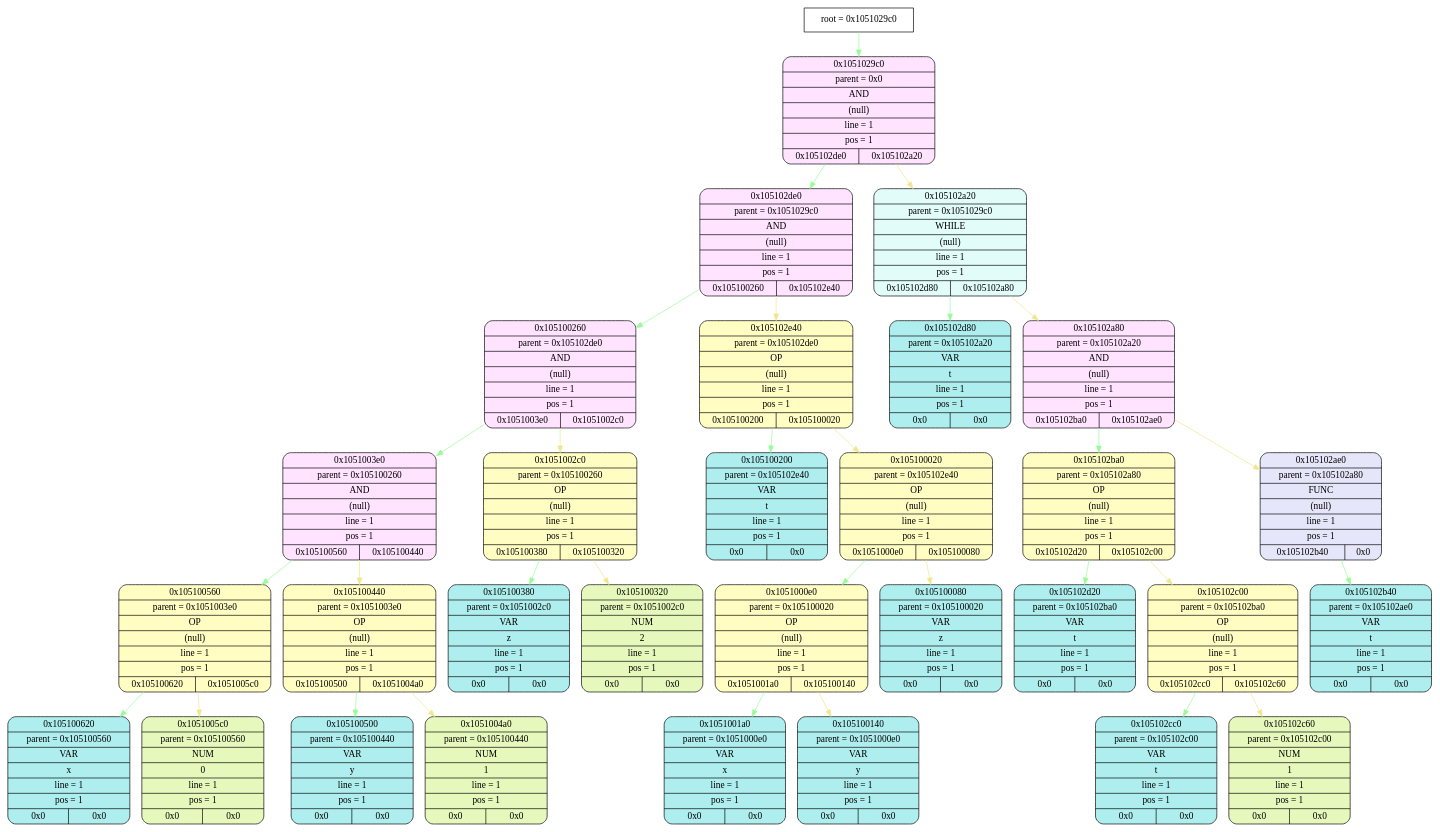
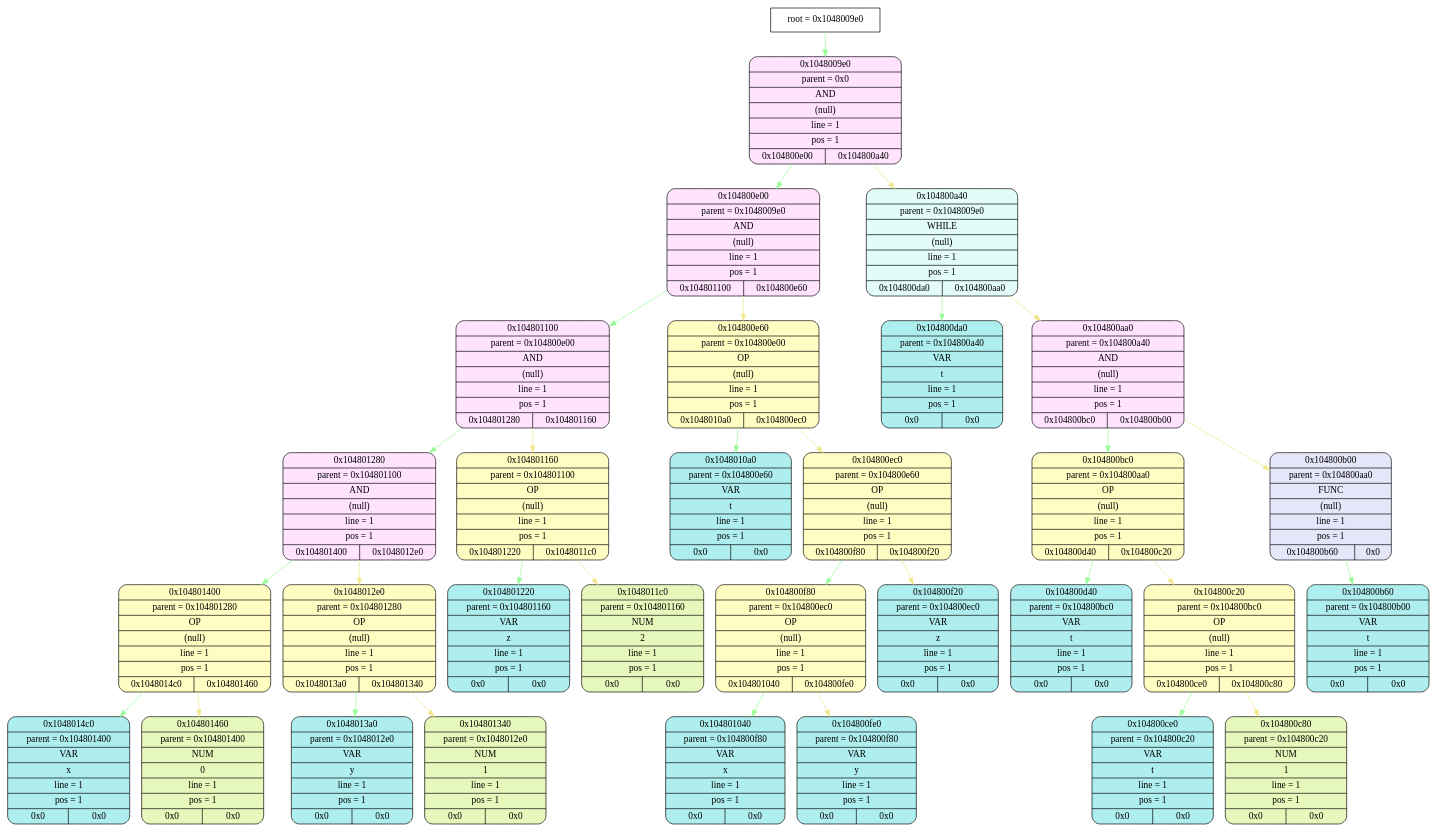
The diagram in frontend/tmp/graphviz.dot (esgalimov/language), drawn with Graphviz before and after one commit. The commit also changed 36 other files, not shown here.

```diff
--- a/frontend/tmp/graphviz.dot
+++ b/frontend/tmp/graphviz.dot
@@ -1,95 +1,95 @@
 digraph
 {
-    node_info[shape = record, label = "{root = 0x1051029c0}"];
+    node_info[shape = record, label = "{root = 0x1048009e0}"];
 
-    node_info->node_0x1051029c0 [color = "#98FB98"];
-    node_0x1051029c0[shape = Mrecord, label = "{{0x1051029c0} | {parent =  0x0} | {AND} | {(null)} | {line = 1} | {pos = 1} | {0x105102de0 | 0x105102a20}}",
+    node_info->node_0x1048009e0 [color = "#98FB98"];
+    node_0x1048009e0[shape = Mrecord, label = "{{0x1048009e0} | {parent =  0x0} | {AND} | {(null)} | {line = 1} | {pos = 1} | {0x104800e00 | 0x104800a40}}",
                                         style="filled", fillcolor="#FFE3FF"];
-    node_0x105102de0[shape = Mrecord, label = "{{0x105102de0} | {parent =  0x1051029c0} | {AND} | {(null)} | {line = 1} | {pos = 1} | {0x105100260 | 0x105102e40}}",
+    node_0x104800e00[shape = Mrecord, label = "{{0x104800e00} | {parent =  0x1048009e0} | {AND} | {(null)} | {line = 1} | {pos = 1} | {0x104801100 | 0x104800e60}}",
                                         style="filled", fillcolor="#FFE3FF"];
-    node_0x105100260[shape = Mrecord, label = "{{0x105100260} | {parent =  0x105102de0} | {AND} | {(null)} | {line = 1} | {pos = 1} | {0x1051003e0 | 0x1051002c0}}",
+    node_0x104801100[shape = Mrecord, label = "{{0x104801100} | {parent =  0x104800e00} | {AND} | {(null)} | {line = 1} | {pos = 1} | {0x104801280 | 0x104801160}}",
                                         style="filled", fillcolor="#FFE3FF"];
-    node_0x1051003e0[shape = Mrecord, label = "{{0x1051003e0} | {parent =  0x105100260} | {AND} | {(null)} | {line = 1} | {pos = 1} | {0x105100560 | 0x105100440}}",
+    node_0x104801280[shape = Mrecord, label = "{{0x104801280} | {parent =  0x104801100} | {AND} | {(null)} | {line = 1} | {pos = 1} | {0x104801400 | 0x1048012e0}}",
                                         style="filled", fillcolor="#FFE3FF"];
-    node_0x105100560[shape = Mrecord, label = "{{0x105100560} | {parent =  0x1051003e0} | {OP} | {(null)} | {line = 1} | {pos = 1} | {0x105100620 | 0x1051005c0}}",
+    node_0x104801400[shape = Mrecord, label = "{{0x104801400} | {parent =  0x104801280} | {OP} | {(null)} | {line = 1} | {pos = 1} | {0x1048014c0 | 0x104801460}}",
                                         style="filled", fillcolor="#FFFDC2"];
-    node_0x105100620[shape = Mrecord, label = "{{0x105100620} | {parent =  0x105100560} | {VAR} | {x} | {line = 1} | {pos = 1} | {0x0 | 0x0}}",
+    node_0x1048014c0[shape = Mrecord, label = "{{0x1048014c0} | {parent =  0x104801400} | {VAR} | {x} | {line = 1} | {pos = 1} | {0x0 | 0x0}}",
                                         style="filled", fillcolor="#AFEEEE"];
-    node_0x1051005c0[shape = Mrecord, label = "{{0x1051005c0} | {parent =  0x105100560} | {NUM} | {0} | {line = 1} | {pos = 1} | {0x0 | 0x0}}",
+    node_0x104801460[shape = Mrecord, label = "{{0x104801460} | {parent =  0x104801400} | {NUM} | {0} | {line = 1} | {pos = 1} | {0x0 | 0x0}}",
                 style="filled", fillcolor="#E7F8BC"];
-    node_0x105100440[shape = Mrecord, label = "{{0x105100440} | {parent =  0x1051003e0} | {OP} | {(null)} | {line = 1} | {pos = 1} | {0x105100500 | 0x1051004a0}}",
+    node_0x1048012e0[shape = Mrecord, label = "{{0x1048012e0} | {parent =  0x104801280} | {OP} | {(null)} | {line = 1} | {pos = 1} | {0x1048013a0 | 0x104801340}}",
                                         style="filled", fillcolor="#FFFDC2"];
-    node_0x105100500[shape = Mrecord, label = "{{0x105100500} | {parent =  0x105100440} | {VAR} | {y} | {line = 1} | {pos = 1} | {0x0 | 0x0}}",
+    node_0x1048013a0[shape = Mrecord, label = "{{0x1048013a0} | {parent =  0x1048012e0} | {VAR} | {y} | {line = 1} | {pos = 1} | {0x0 | 0x0}}",
                                         style="filled", fillcolor="#AFEEEE"];
-    node_0x1051004a0[shape = Mrecord, label = "{{0x1051004a0} | {parent =  0x105100440} | {NUM} | {1} | {line = 1} | {pos = 1} | {0x0 | 0x0}}",
+    node_0x104801340[shape = Mrecord, label = "{{0x104801340} | {parent =  0x1048012e0} | {NUM} | {1} | {line = 1} | {pos = 1} | {0x0 | 0x0}}",
                 style="filled", fillcolor="#E7F8BC"];
-    node_0x1051002c0[shape = Mrecord, label = "{{0x1051002c0} | {parent =  0x105100260} | {OP} | {(null)} | {line = 1} | {pos = 1} | {0x105100380 | 0x105100320}}",
+    node_0x104801160[shape = Mrecord, label = "{{0x104801160} | {parent =  0x104801100} | {OP} | {(null)} | {line = 1} | {pos = 1} | {0x104801220 | 0x1048011c0}}",
                                         style="filled", fillcolor="#FFFDC2"];
-    node_0x105100380[shape = Mrecord, label = "{{0x105100380} | {parent =  0x1051002c0} | {VAR} | {z} | {line = 1} | {pos = 1} | {0x0 | 0x0}}",
+    node_0x104801220[shape = Mrecord, label = "{{0x104801220} | {parent =  0x104801160} | {VAR} | {z} | {line = 1} | {pos = 1} | {0x0 | 0x0}}",
                                         style="filled", fillcolor="#AFEEEE"];
-    node_0x105100320[shape = Mrecord, label = "{{0x105100320} | {parent =  0x1051002c0} | {NUM} | {2} | {line = 1} | {pos = 1} | {0x0 | 0x0}}",
+    node_0x1048011c0[shape = Mrecord, label = "{{0x1048011c0} | {parent =  0x104801160} | {NUM} | {2} | {line = 1} | {pos = 1} | {0x0 | 0x0}}",
                 style="filled", fillcolor="#E7F8BC"];
-    node_0x105102e40[shape = Mrecord, label = "{{0x105102e40} | {parent =  0x105102de0} | {OP} | {(null)} | {line = 1} | {pos = 1} | {0x105100200 | 0x105100020}}",
+    node_0x104800e60[shape = Mrecord, label = "{{0x104800e60} | {parent =  0x104800e00} | {OP} | {(null)} | {line = 1} | {pos = 1} | {0x1048010a0 | 0x104800ec0}}",
                                         style="filled", fillcolor="#FFFDC2"];
-    node_0x105100200[shape = Mrecord, label = "{{0x105100200} | {parent =  0x105102e40} | {VAR} | {t} | {line = 1} | {pos = 1} | {0x0 | 0x0}}",
+    node_0x1048010a0[shape = Mrecord, label = "{{0x1048010a0} | {parent =  0x104800e60} | {VAR} | {t} | {line = 1} | {pos = 1} | {0x0 | 0x0}}",
                                         style="filled", fillcolor="#AFEEEE"];
-    node_0x105100020[shape = Mrecord, label = "{{0x105100020} | {parent =  0x105102e40} | {OP} | {(null)} | {line = 1} | {pos = 1} | {0x1051000e0 | 0x105100080}}",
+    node_0x104800ec0[shape = Mrecord, label = "{{0x104800ec0} | {parent =  0x104800e60} | {OP} | {(null)} | {line = 1} | {pos = 1} | {0x104800f80 | 0x104800f20}}",
                                         style="filled", fillcolor="#FFFDC2"];
-    node_0x1051000e0[shape = Mrecord, label = "{{0x1051000e0} | {parent =  0x105100020} | {OP} | {(null)} | {line = 1} | {pos = 1} | {0x1051001a0 | 0x105100140}}",
+    node_0x104800f80[shape = Mrecord, label = "{{0x104800f80} | {parent =  0x104800ec0} | {OP} | {(null)} | {line = 1} | {pos = 1} | {0x104801040 | 0x104800fe0}}",
                                         style="filled", fillcolor="#FFFDC2"];
-    node_0x1051001a0[shape = Mrecord, label = "{{0x1051001a0} | {parent =  0x1051000e0} | {VAR} | {x} | {line = 1} | {pos = 1} | {0x0 | 0x0}}",
+    node_0x104801040[shape = Mrecord, label = "{{0x104801040} | {parent =  0x104800f80} | {VAR} | {x} | {line = 1} | {pos = 1} | {0x0 | 0x0}}",
                                         style="filled", fillcolor="#AFEEEE"];
-    node_0x105100140[shape = Mrecord, label = "{{0x105100140} | {parent =  0x1051000e0} | {VAR} | {y} | {line = 1} | {pos = 1} | {0x0 | 0x0}}",
+    node_0x104800fe0[shape = Mrecord, label = "{{0x104800fe0} | {parent =  0x104800f80} | {VAR} | {y} | {line = 1} | {pos = 1} | {0x0 | 0x0}}",
                                         style="filled", fillcolor="#AFEEEE"];
-    node_0x105100080[shape = Mrecord, label = "{{0x105100080} | {parent =  0x105100020} | {VAR} | {z} | {line = 1} | {pos = 1} | {0x0 | 0x0}}",
+    node_0x104800f20[shape = Mrecord, label = "{{0x104800f20} | {parent =  0x104800ec0} | {VAR} | {z} | {line = 1} | {pos = 1} | {0x0 | 0x0}}",
                                         style="filled", fillcolor="#AFEEEE"];
-    node_0x105102a20[shape = Mrecord, label = "{{0x105102a20} | {parent =  0x1051029c0} | {WHILE} | {(null)} | {line = 1} | {pos = 1} | {0x105102d80 | 0x105102a80}}",
+    node_0x104800a40[shape = Mrecord, label = "{{0x104800a40} | {parent =  0x1048009e0} | {WHILE} | {(null)} | {line = 1} | {pos = 1} | {0x104800da0 | 0x104800aa0}}",
                                         style="filled", fillcolor="#E1FCF9"];
-    node_0x105102d80[shape = Mrecord, label = "{{0x105102d80} | {parent =  0x105102a20} | {VAR} | {t} | {line = 1} | {pos = 1} | {0x0 | 0x0}}",
+    node_0x104800da0[shape = Mrecord, label = "{{0x104800da0} | {parent =  0x104800a40} | {VAR} | {t} | {line = 1} | {pos = 1} | {0x0 | 0x0}}",
                                         style="filled", fillcolor="#AFEEEE"];
-    node_0x105102a80[shape = Mrecord, label = "{{0x105102a80} | {parent =  0x105102a20} | {AND} | {(null)} | {line = 1} | {pos = 1} | {0x105102ba0 | 0x105102ae0}}",
+    node_0x104800aa0[shape = Mrecord, label = "{{0x104800aa0} | {parent =  0x104800a40} | {AND} | {(null)} | {line = 1} | {pos = 1} | {0x104800bc0 | 0x104800b00}}",
                                         style="filled", fillcolor="#FFE3FF"];
-    node_0x105102ba0[shape = Mrecord, label = "{{0x105102ba0} | {parent =  0x105102a80} | {OP} | {(null)} | {line = 1} | {pos = 1} | {0x105102d20 | 0x105102c00}}",
+    node_0x104800bc0[shape = Mrecord, label = "{{0x104800bc0} | {parent =  0x104800aa0} | {OP} | {(null)} | {line = 1} | {pos = 1} | {0x104800d40 | 0x104800c20}}",
                                         style="filled", fillcolor="#FFFDC2"];
-    node_0x105102d20[shape = Mrecord, label = "{{0x105102d20} | {parent =  0x105102ba0} | {VAR} | {t} | {line = 1} | {pos = 1} | {0x0 | 0x0}}",
+    node_0x104800d40[shape = Mrecord, label = "{{0x104800d40} | {parent =  0x104800bc0} | {VAR} | {t} | {line = 1} | {pos = 1} | {0x0 | 0x0}}",
                                         style="filled", fillcolor="#AFEEEE"];
-    node_0x105102c00[shape = Mrecord, label = "{{0x105102c00} | {parent =  0x105102ba0} | {OP} | {(null)} | {line = 1} | {pos = 1} | {0x105102cc0 | 0x105102c60}}",
+    node_0x104800c20[shape = Mrecord, label = "{{0x104800c20} | {parent =  0x104800bc0} | {OP} | {(null)} | {line = 1} | {pos = 1} | {0x104800ce0 | 0x104800c80}}",
                                         style="filled", fillcolor="#FFFDC2"];
-    node_0x105102cc0[shape = Mrecord, label = "{{0x105102cc0} | {parent =  0x105102c00} | {VAR} | {t} | {line = 1} | {pos = 1} | {0x0 | 0x0}}",
+    node_0x104800ce0[shape = Mrecord, label = "{{0x104800ce0} | {parent =  0x104800c20} | {VAR} | {t} | {line = 1} | {pos = 1} | {0x0 | 0x0}}",
                                         style="filled", fillcolor="#AFEEEE"];
-    node_0x105102c60[shape = Mrecord, label = "{{0x105102c60} | {parent =  0x105102c00} | {NUM} | {1} | {line = 1} | {pos = 1} | {0x0 | 0x0}}",
+    node_0x104800c80[shape = Mrecord, label = "{{0x104800c80} | {parent =  0x104800c20} | {NUM} | {1} | {line = 1} | {pos = 1} | {0x0 | 0x0}}",
                 style="filled", fillcolor="#E7F8BC"];
-    node_0x105102ae0[shape = Mrecord, label = "{{0x105102ae0} | {parent =  0x105102a80} | {FUNC} | {(null)} | {line = 1} | {pos = 1} | {0x105102b40 | 0x0}}",
+    node_0x104800b00[shape = Mrecord, label = "{{0x104800b00} | {parent =  0x104800aa0} | {FUNC} | {(null)} | {line = 1} | {pos = 1} | {0x104800b60 | 0x0}}",
                                         style="filled", fillcolor="#E6E6FA"];
-    node_0x105102b40[shape = Mrecord, label = "{{0x105102b40} | {parent =  0x105102ae0} | {VAR} | {t} | {line = 1} | {pos = 1} | {0x0 | 0x0}}",
+    node_0x104800b60[shape = Mrecord, label = "{{0x104800b60} | {parent =  0x104800b00} | {VAR} | {t} | {line = 1} | {pos = 1} | {0x0 | 0x0}}",
                                         style="filled", fillcolor="#AFEEEE"];
-    node_0x1051029c0->node_0x105102de0 [color = "#98FB98"];
-    node_0x105102de0->node_0x105100260 [color = "#98FB98"];
-    node_0x105100260->node_0x1051003e0 [color = "#98FB98"];
-    node_0x1051003e0->node_0x105100560 [color = "#98FB98"];
-    node_0x105100560->node_0x105100620 [color = "#98FB98"];
-    node_0x105100560->node_0x1051005c0 [color = "#F0E68C"];
-    node_0x1051003e0->node_0x105100440 [color = "#F0E68C"];
-    node_0x105100440->node_0x105100500 [color = "#98FB98"];
-    node_0x105100440->node_0x1051004a0 [color = "#F0E68C"];
-    node_0x105100260->node_0x1051002c0 [color = "#F0E68C"];
-    node_0x1051002c0->node_0x105100380 [color = "#98FB98"];
-    node_0x1051002c0->node_0x105100320 [color = "#F0E68C"];
-    node_0x105102de0->node_0x105102e40 [color = "#F0E68C"];
-    node_0x105102e40->node_0x105100200 [color = "#98FB98"];
-    node_0x105102e40->node_0x105100020 [color = "#F0E68C"];
-    node_0x105100020->node_0x1051000e0 [color = "#98FB98"];
-    node_0x1051000e0->node_0x1051001a0 [color = "#98FB98"];
-    node_0x1051000e0->node_0x105100140 [color = "#F0E68C"];
-    node_0x105100020->node_0x105100080 [color = "#F0E68C"];
-    node_0x1051029c0->node_0x105102a20 [color = "#F0E68C"];
-    node_0x105102a20->node_0x105102d80 [color = "#98FB98"];
-    node_0x105102a20->node_0x105102a80 [color = "#F0E68C"];
-    node_0x105102a80->node_0x105102ba0 [color = "#98FB98"];
-    node_0x105102ba0->node_0x105102d20 [color = "#98FB98"];
-    node_0x105102ba0->node_0x105102c00 [color = "#F0E68C"];
-    node_0x105102c00->node_0x105102cc0 [color = "#98FB98"];
-    node_0x105102c00->node_0x105102c60 [color = "#F0E68C"];
-    node_0x105102a80->node_0x105102ae0 [color = "#F0E68C"];
-    node_0x105102ae0->node_0x105102b40 [color = "#98FB98"];
+    node_0x1048009e0->node_0x104800e00 [color = "#98FB98"];
+    node_0x104800e00->node_0x104801100 [color = "#98FB98"];
+    node_0x104801100->node_0x104801280 [color = "#98FB98"];
+    node_0x104801280->node_0x104801400 [color = "#98FB98"];
+    node_0x104801400->node_0x1048014c0 [color = "#98FB98"];
+    node_0x104801400->node_0x104801460 [color = "#F0E68C"];
+    node_0x104801280->node_0x1048012e0 [color = "#F0E68C"];
+    node_0x1048012e0->node_0x1048013a0 [color = "#98FB98"];
+    node_0x1048012e0->node_0x104801340 [color = "#F0E68C"];
+    node_0x104801100->node_0x104801160 [color = "#F0E68C"];
+    node_0x104801160->node_0x104801220 [color = "#98FB98"];
+    node_0x104801160->node_0x1048011c0 [color = "#F0E68C"];
+    node_0x104800e00->node_0x104800e60 [color = "#F0E68C"];
+    node_0x104800e60->node_0x1048010a0 [color = "#98FB98"];
+    node_0x104800e60->node_0x104800ec0 [color = "#F0E68C"];
+    node_0x104800ec0->node_0x104800f80 [color = "#98FB98"];
+    node_0x104800f80->node_0x104801040 [color = "#98FB98"];
+    node_0x104800f80->node_0x104800fe0 [color = "#F0E68C"];
+    node_0x104800ec0->node_0x104800f20 [color = "#F0E68C"];
+    node_0x1048009e0->node_0x104800a40 [color = "#F0E68C"];
+    node_0x104800a40->node_0x104800da0 [color = "#98FB98"];
+    node_0x104800a40->node_0x104800aa0 [color = "#F0E68C"];
+    node_0x104800aa0->node_0x104800bc0 [color = "#98FB98"];
+    node_0x104800bc0->node_0x104800d40 [color = "#98FB98"];
+    node_0x104800bc0->node_0x104800c20 [color = "#F0E68C"];
+    node_0x104800c20->node_0x104800ce0 [color = "#98FB98"];
+    node_0x104800c20->node_0x104800c80 [color = "#F0E68C"];
+    node_0x104800aa0->node_0x104800b00 [color = "#F0E68C"];
+    node_0x104800b00->node_0x104800b60 [color = "#98FB98"];
 }
```
